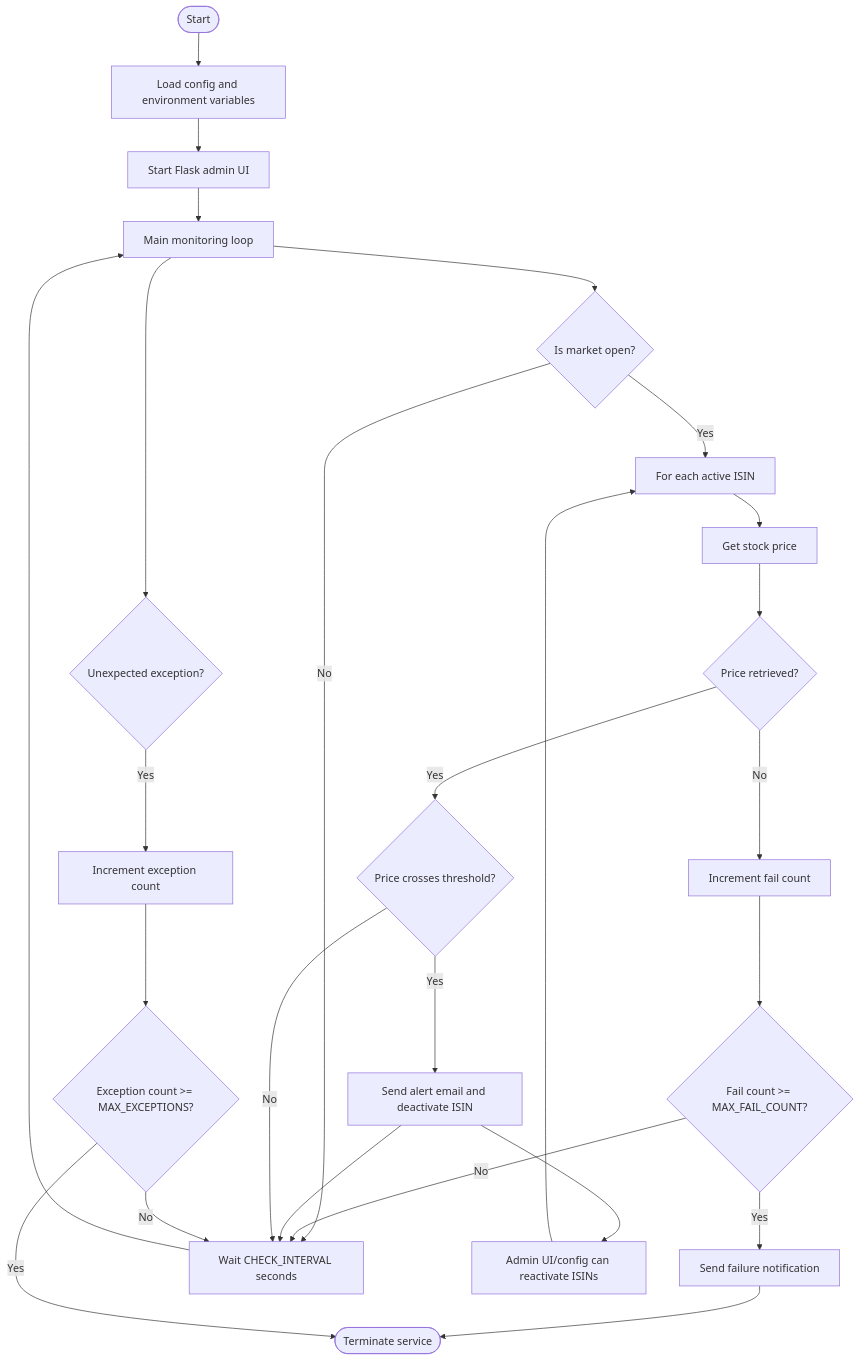
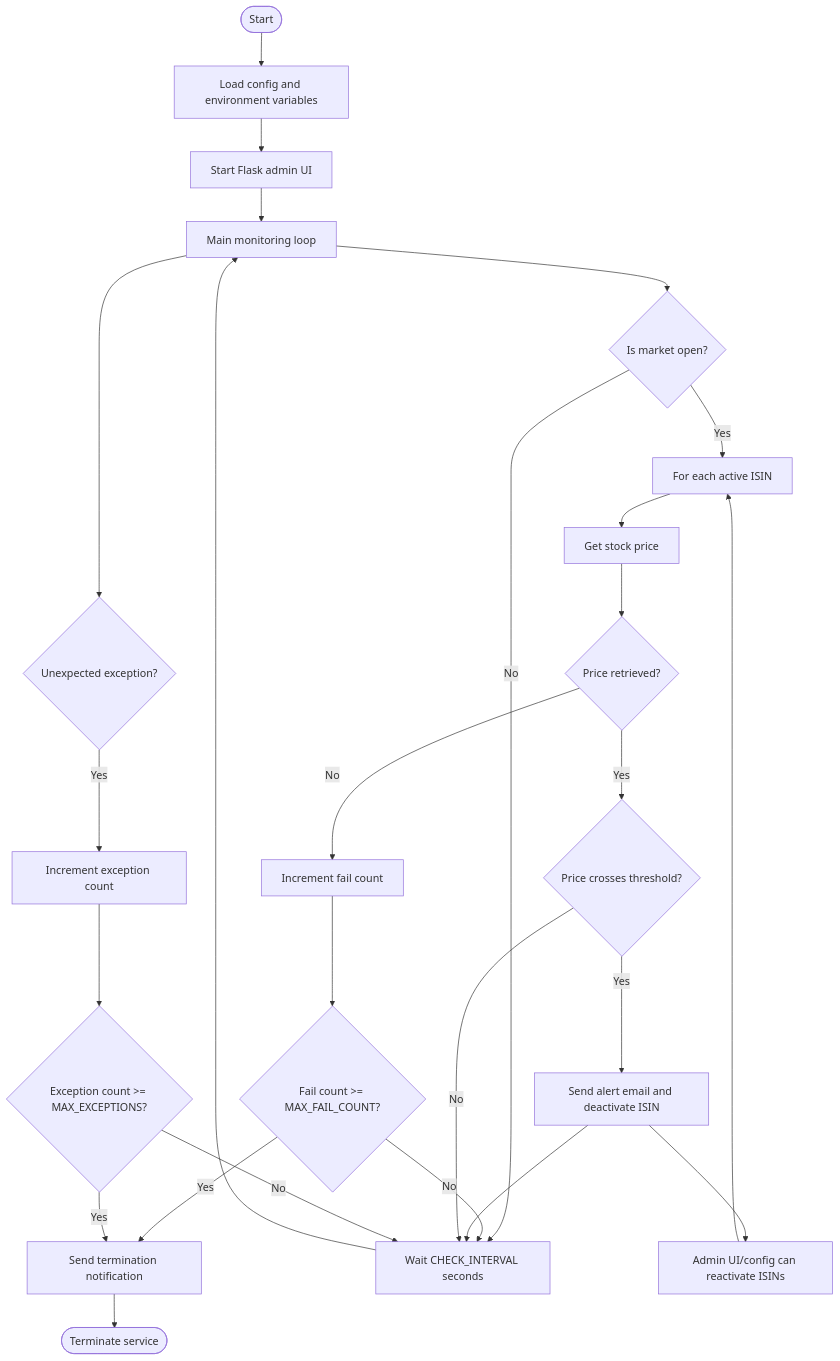
The second of 2 diagrams in README.md (unterfertigter/stockalerts), drawn with Mermaid before and after one commit. The commit also changed 2 other files, not shown here.

Commit message:
Added flow diagram and changed error notifications

````diff
--- a/README.md
+++ b/README.md
@@ -64,41 +64,41 @@
 ```mermaid
 flowchart TD
     Start([Start])
     LoadConfig[Load config and environment variables]
     StartFlask[Start Flask admin UI]
     MainLoop[Main monitoring loop]
     MarketOpen{Is market open?}
     ForEachISIN[For each active ISIN]
     GetPrice[Get stock price]
     PriceOK{Price retrieved?}
     CheckThresholds{Price crosses threshold?}
     SendAlert[Send alert email and deactivate ISIN]
     FailCount[Increment fail count]
     FailLimit{Fail count >= MAX_FAIL_COUNT?}
-    SendFailAlert[Send failure notification]
+    SendTerminationAlert[Send termination notification]
     Continue[Wait CHECK_INTERVAL seconds]
     Exception{Unexpected exception?}
     ExceptionCount[Increment exception count]
     ExceptionLimit{Exception count >= MAX_EXCEPTIONS?}
     Terminate([Terminate service])
     AdminUI[Admin UI/config can reactivate ISINs]
 
     Start --> LoadConfig --> StartFlask --> MainLoop
     MainLoop --> MarketOpen
     MarketOpen -- Yes --> ForEachISIN
     MarketOpen -- No --> Continue
     ForEachISIN --> GetPrice --> PriceOK
     PriceOK -- Yes --> CheckThresholds
     PriceOK -- No --> FailCount --> FailLimit
-    FailLimit -- Yes --> SendFailAlert --> Terminate
+    FailLimit -- Yes --> SendTerminationAlert --> Terminate
     FailLimit -- No --> Continue
     CheckThresholds -- Yes --> SendAlert --> Continue
     CheckThresholds -- No --> Continue
     MainLoop --> Exception
     Exception -- Yes --> ExceptionCount --> ExceptionLimit
-    ExceptionLimit -- Yes --> Terminate
+    ExceptionLimit -- Yes --> SendTerminationAlert
     ExceptionLimit -- No --> Continue
     Continue --> MainLoop
     SendAlert --> AdminUI
     AdminUI --> ForEachISIN
 ```
````
